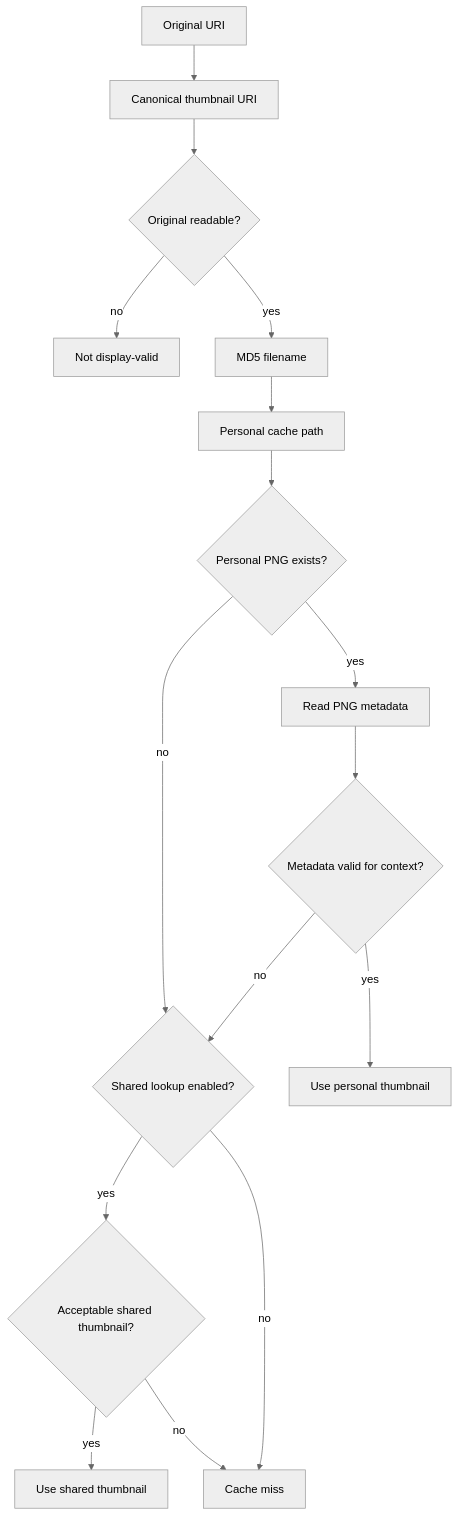
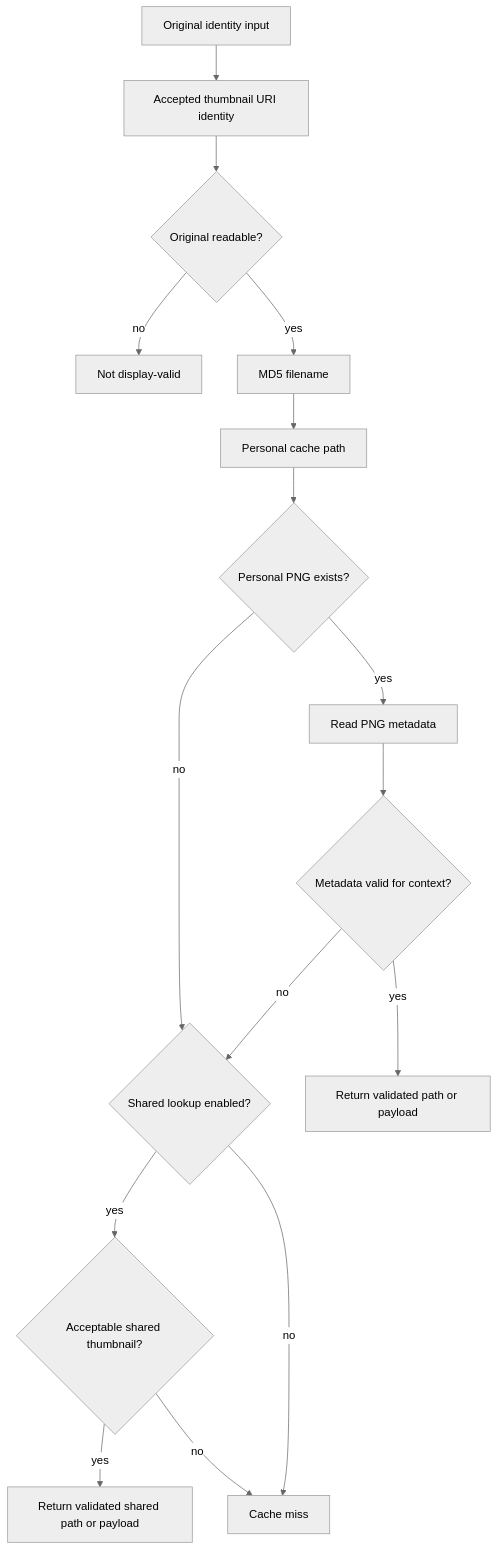
Before and after one commit to hnjae/xdg-thumbnail: the first of 2 diagrams in docs/architecture/thumbnail-lifecycle.md, drawn with Mermaid (neutral theme). The commit also changed other lines of this file and 2 other files, not shown here.

Commit message:
docs(api): define thumbnail lookup result surfaces

````diff
--- a/docs/architecture/thumbnail-lifecycle.md
+++ b/docs/architecture/thumbnail-lifecycle.md
@@ -7,18 +7,18 @@
 ```mermaid
 flowchart TD
-    A[Original URI] --> B[Canonical thumbnail URI]
+    A[Original identity input] --> B[Accepted thumbnail URI identity]
     B --> C{Original readable?}
     C -- no --> L[Not display-valid]
     C -- yes --> D[MD5 filename]
     D --> E[Personal cache path]
     E --> F{Personal PNG exists?}
     F -- no --> S{Shared lookup enabled?}
     F -- yes --> H[Read PNG metadata]
     H --> I{Metadata valid for context?}
-    I -- yes --> J[Use personal thumbnail]
+    I -- yes --> J[Return validated path or payload]
     I -- no --> S
     S -- yes --> T{Acceptable shared thumbnail?}
-    T -- yes --> U[Use shared thumbnail]
+    T -- yes --> U[Return validated shared path or payload]
     T -- no --> N[Cache miss]
     S -- no --> N
 ```
````
